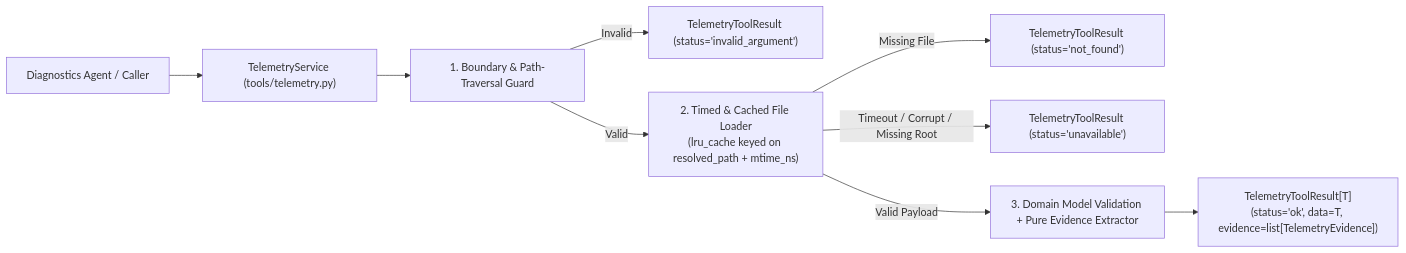
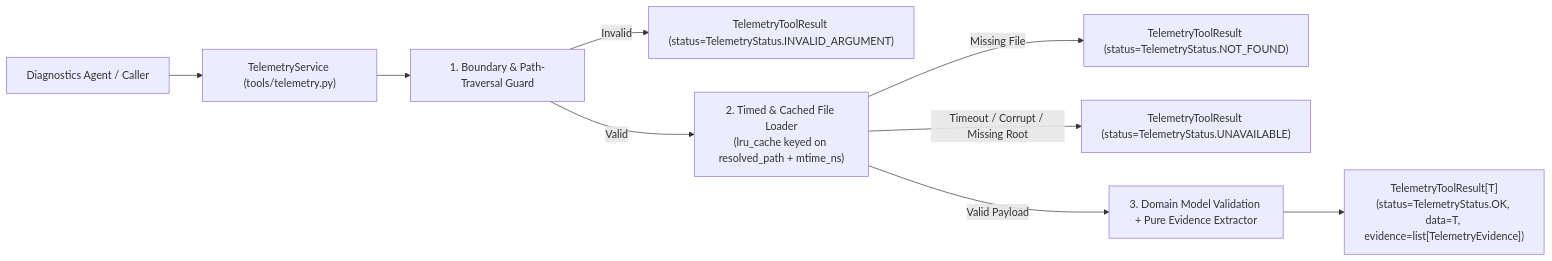
One commit to yaara-manor/cato-networks changed the diagram in docs/plans/13-telemetry_tool_suite/design.md. Above: the diagram before and after it, drawn with Mermaid. The commit also changed other lines of this file and 3 other files, not shown here.

````diff
--- a/docs/plans/13-telemetry_tool_suite/design.md
+++ b/docs/plans/13-telemetry_tool_suite/design.md
@@ -16,11 +16,11 @@
 ```mermaid
 flowchart LR
     DiagAgent["Diagnostics Agent / Caller"] --> TS["TelemetryService (tools/telemetry.py)"]
     TS --> Guard["1. Boundary & Path-Traversal Guard"]
-    Guard -- Invalid --> InvalidRes["TelemetryToolResult (status='invalid_argument')"]
+    Guard -- Invalid --> InvalidRes["TelemetryToolResult (status=TelemetryStatus.INVALID_ARGUMENT)"]
     Guard -- Valid --> Loader["2. Timed & Cached File Loader\n(lru_cache keyed on resolved_path + mtime_ns)"]
-    Loader -- Missing File --> NotFoundRes["TelemetryToolResult (status='not_found')"]
-    Loader -- Timeout / Corrupt / Missing Root --> UnavailRes["TelemetryToolResult (status='unavailable')"]
+    Loader -- Missing File --> NotFoundRes["TelemetryToolResult (status=TelemetryStatus.NOT_FOUND)"]
+    Loader -- Timeout / Corrupt / Missing Root --> UnavailRes["TelemetryToolResult (status=TelemetryStatus.UNAVAILABLE)"]
     Loader -- Valid Payload --> Parser["3. Domain Model Validation + Pure Evidence Extractor"]
-    Parser --> OkRes["TelemetryToolResult[T]\n(status='ok', data=T, evidence=list[TelemetryEvidence])"]
+    Parser --> OkRes["TelemetryToolResult[T]\n(status=TelemetryStatus.OK, data=T, evidence=list[TelemetryEvidence])"]
 ```
````
